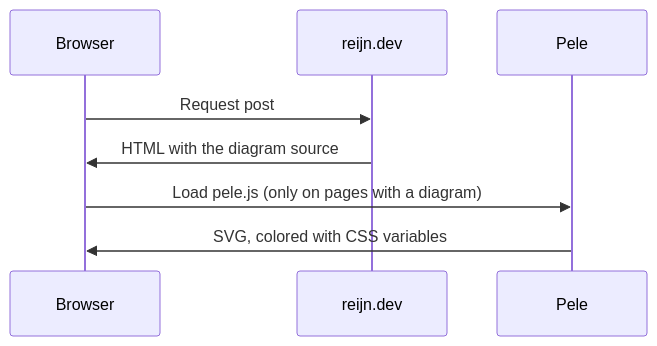
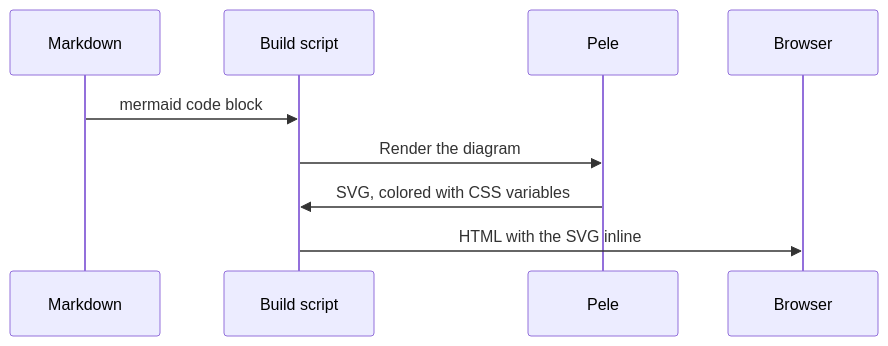
One commit to Reijnn/reijn.dev changed the fifth of 5 diagrams in content/posts/2026/fast-forward-vs-merge.en.md. Above: the diagram before and after it, drawn with Mermaid. The commit also changed other lines of this file and 3 other files, not shown here.

Commit message:
docs: describe build-time diagrams in the measurements and fast-forward posts

````diff
--- a/content/posts/2026/fast-forward-vs-merge.en.md
+++ b/content/posts/2026/fast-forward-vs-merge.en.md
@@ -77,10 +77,11 @@
 ```mermaid
 sequenceDiagram
+  participant M as Markdown
+  participant S as Build script
+  participant P as Pele
   participant B as Browser
-  participant H as reijn.dev
-  participant P as Pele
-  B->>H: Request post
-  H->>B: HTML with the diagram source
-  B->>P: Load pele.js (only on pages with a diagram)
-  P->>B: SVG, colored with CSS variables
+  M->>S: mermaid code block
+  S->>P: Render the diagram
+  P->>S: SVG, colored with CSS variables
+  S->>B: HTML with the SVG inline
 ```
````
